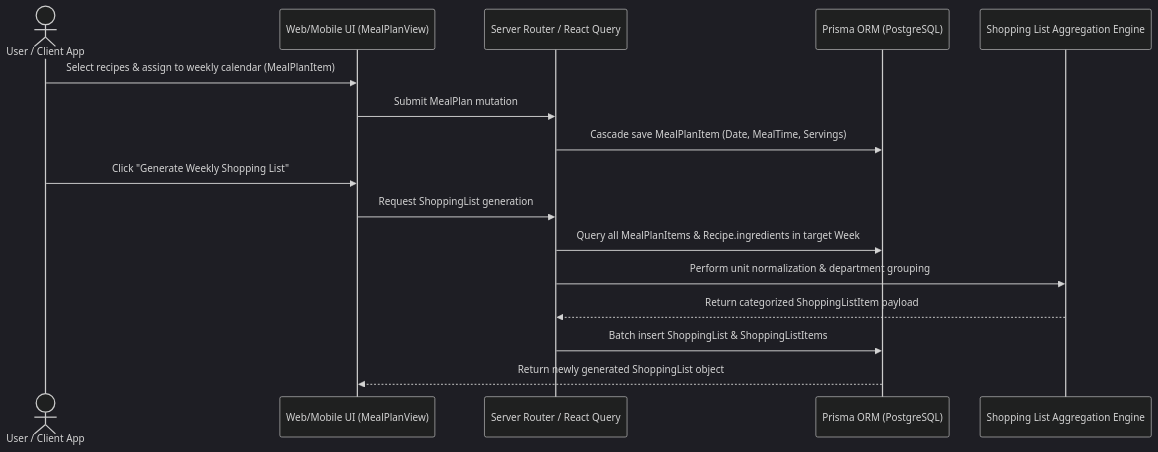
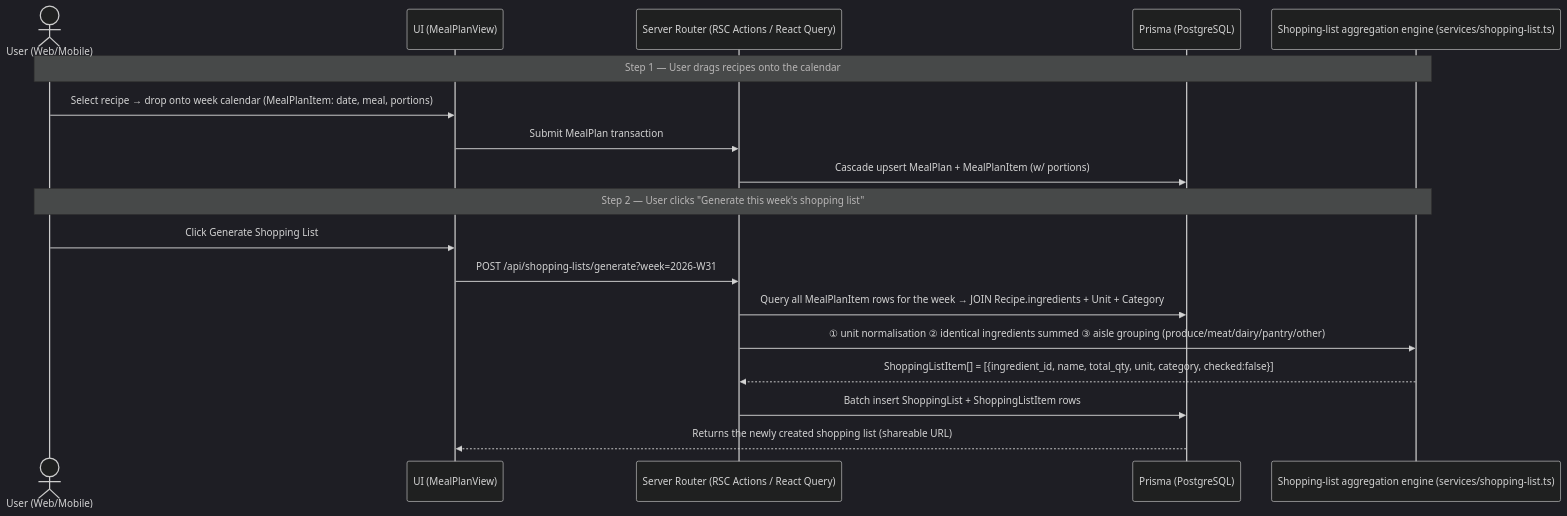
One commit to MeiSiristhebest/recipe-planner-app changed the second of 3 diagrams in README_EN.md. Above: the diagram before and after it, drawn with Mermaid (dark theme). The commit also changed other lines of this file and 4 other files, not shown here.

````diff
--- a/README_EN.md
+++ b/README_EN.md
@@ -73,19 +218,22 @@
 ```mermaid
 sequenceDiagram
-    actor User as User / Client App
-    participant Web as Web/Mobile UI (MealPlanView)
-    participant API as Server Router / React Query
-    participant Prisma as Prisma ORM (PostgreSQL)
-    participant Engine as Shopping List Aggregation Engine
+    actor User as User (Web/Mobile)
+    participant UI as UI (MealPlanView)
+    participant API as Server Router (RSC Actions / React Query)
+    participant DB as Prisma (PostgreSQL)
+    participant Engine as Shopping-list aggregation engine (services/shopping-list.ts)
 
-    User->>Web: Select recipes & assign to weekly calendar (MealPlanItem)
-    Web->>API: Submit MealPlan mutation
-    API->>Prisma: Cascade save MealPlanItem (Date, MealTime, Servings)
-    User->>Web: Click "Generate Weekly Shopping List"
-    Web->>API: Request ShoppingList generation
-    API->>Prisma: Query all MealPlanItems & Recipe.ingredients in target Week
-    API->>Engine: Perform unit normalization & department grouping
-    Engine-->>API: Return categorized ShoppingListItem payload
-    API->>Prisma: Batch insert ShoppingList & ShoppingListItems
-    Prisma-->>Web: Return newly generated ShoppingList object
+    Note over User,Engine: Step 1 — User drags recipes onto the calendar
+    User->>UI: Select recipe → drop onto week calendar (MealPlanItem: date, meal, portions)
+    UI->>API: Submit MealPlan transaction
+    API->>DB: Cascade upsert MealPlan + MealPlanItem (w/ portions)
+
+    Note over User,Engine: Step 2 — User clicks "Generate this week's shopping list"
+    User->>UI: Click Generate Shopping List
+    UI->>API: POST /api/shopping-lists/generate?week=2026-W31
+    API->>DB: Query all MealPlanItem rows for the week → JOIN Recipe.ingredients + Unit + Category
+    API->>Engine: ① unit normalisation ② identical ingredients summed  ③ aisle grouping (produce/meat/dairy/pantry/other)
+    Engine-->>API: ShoppingListItem[] = [{ingredient_id, name, total_qty, unit, category, checked:false}]
+    API->>DB: Batch insert ShoppingList + ShoppingListItem rows
+    DB-->>UI: Returns the newly created shopping list (shareable URL)
 ```
````
